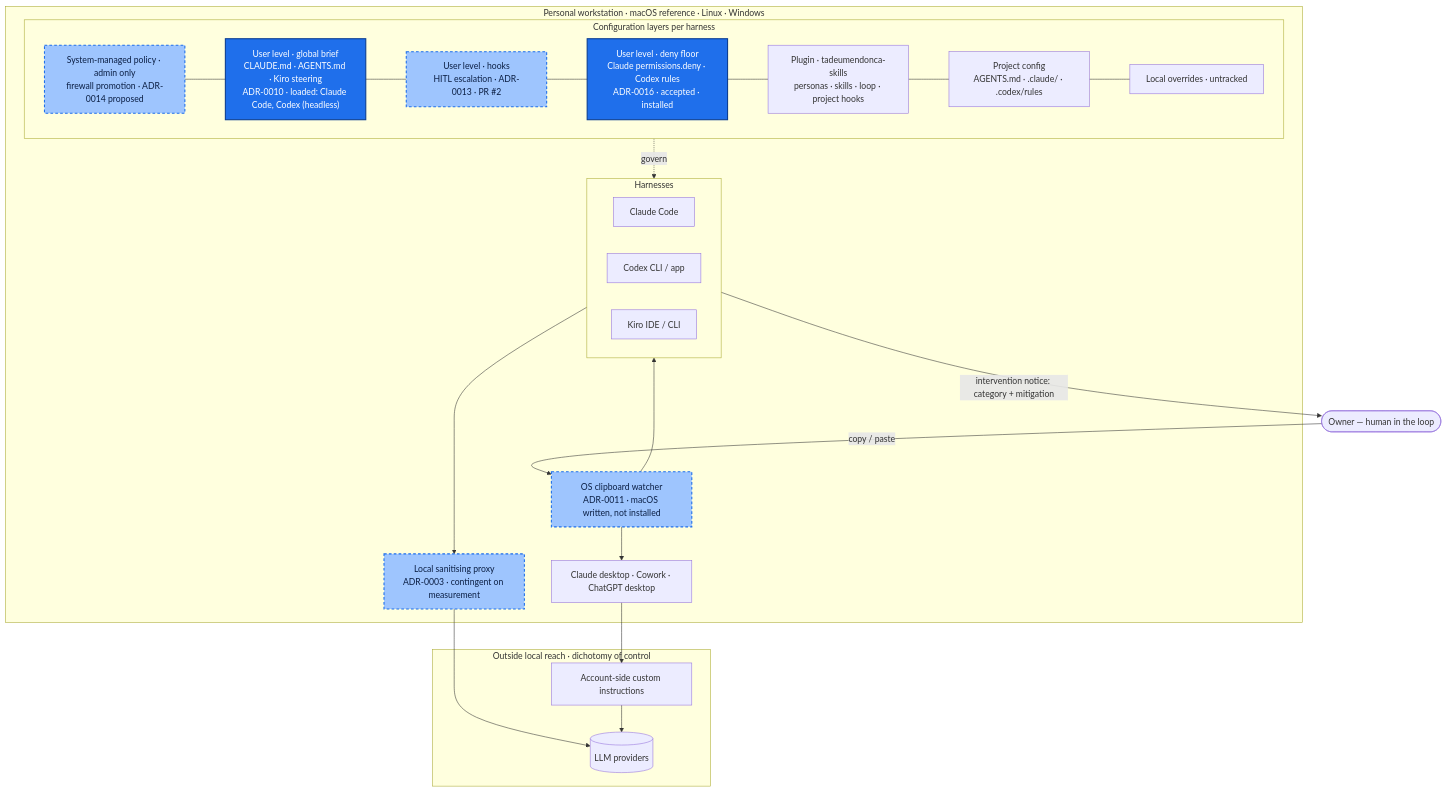
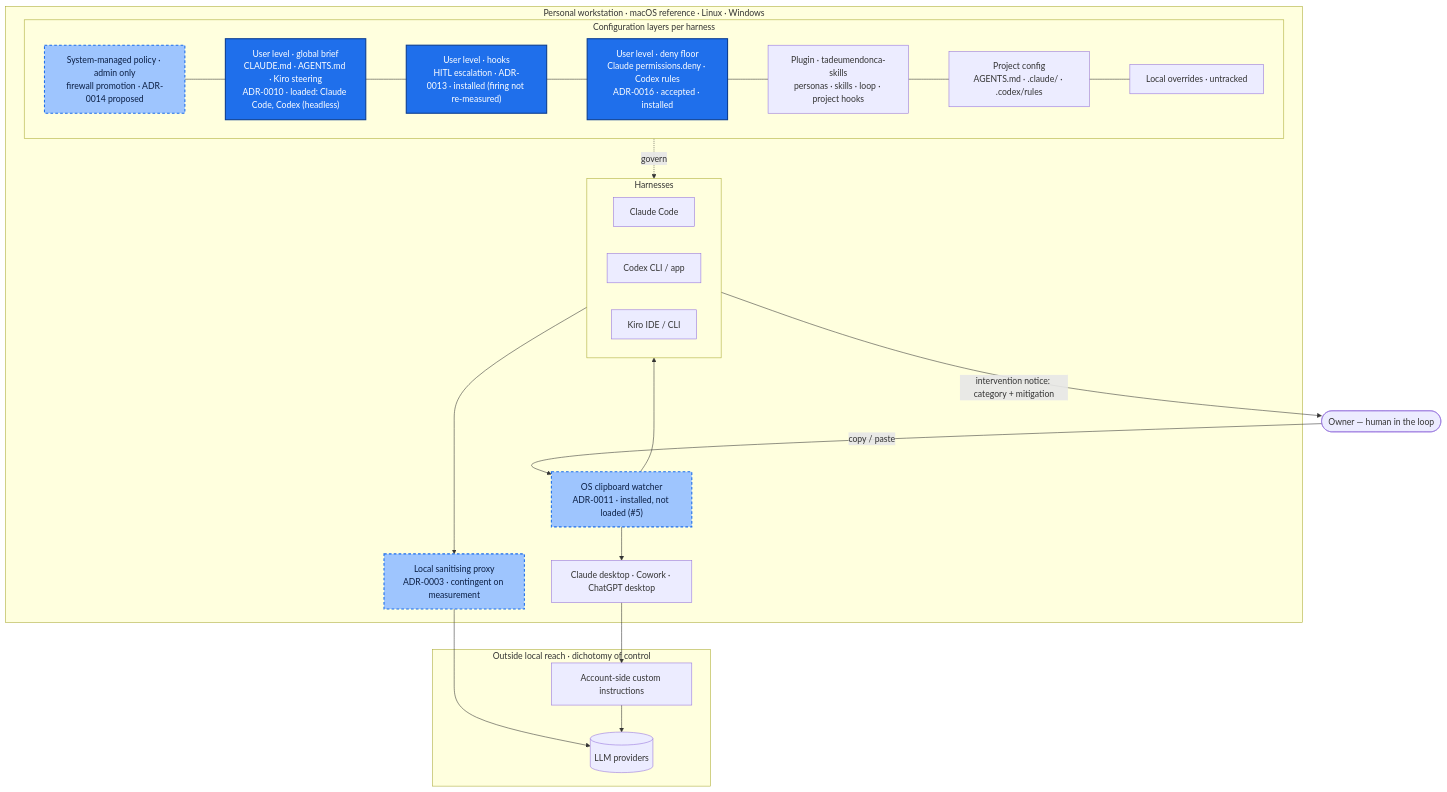
One commit to tedeuxx/mhw changed the diagram in README.md. Above: the diagram before and after it, drawn with Mermaid. The commit also changed other lines of this file, not shown here.

First line of the commit message:
docs(readme): align the diagram and status lines with the 2026-10-01 install

````diff
--- a/README.md
+++ b/README.md
@@ -48,44 +54,44 @@
 ```mermaid
 flowchart TB
   owner(["Owner — human in the loop"])
 
   subgraph WS["Personal workstation · macOS reference · Linux · Windows"]
-    clip["OS clipboard watcher<br/>ADR-0011 · macOS written, not installed"]:::oursPlanned
+    clip["OS clipboard watcher<br/>ADR-0011 · installed, not loaded (#5)"]:::oursPlanned
 
     subgraph LAYERS["Configuration layers per harness"]
       managed["System-managed policy · admin only<br/>firewall promotion · ADR-0014 proposed"]:::oursPlanned
       ubrief["User level · global brief<br/>CLAUDE.md · AGENTS.md · Kiro steering<br/>ADR-0010 · loaded: Claude Code, Codex (headless)"]:::ours
-      uhooks["User level · hooks<br/>HITL escalation · ADR-0013 · PR #2"]:::oursPlanned
+      uhooks["User level · hooks<br/>HITL escalation · ADR-0013 · installed (firing not re-measured)"]:::ours
       udeny["User level · deny floor<br/>Claude permissions.deny · Codex rules<br/>ADR-0016 · accepted · installed"]:::ours
       plugin["Plugin · tadeumendonca-skills<br/>personas · skills · loop · project hooks"]
       project["Project config<br/>AGENTS.md · .claude/ · .codex/rules"]
       local["Local overrides · untracked"]
     end
 
     subgraph HARN["Harnesses"]
       cc["Claude Code"]
       cx["Codex CLI / app"]
       kiro["Kiro IDE / CLI"]
     end
 
     proxy["Local sanitising proxy<br/>ADR-0003 · contingent on measurement"]:::oursPlanned
     desk["Claude desktop · Cowork · ChatGPT desktop"]
   end
 
   subgraph CLOUD["Outside local reach · dichotomy of control"]
     acct["Account-side custom instructions"]
     llm[("LLM providers")]
   end
 
   owner -->|copy / paste| clip
   clip --> HARN
   clip --> desk
   managed --- ubrief --- uhooks --- udeny --- plugin --- project --- local
   LAYERS -. govern .-> HARN
   HARN --> proxy --> llm
   desk --> acct --> llm
   HARN -->|"intervention notice: category + mitigation"| owner
 
   classDef ours fill:#1f6feb,stroke:#0b3d91,color:#ffffff,stroke-width:2px
   classDef oursPlanned fill:#9ec5fe,stroke:#1f6feb,color:#0b1f44,stroke-width:2px,stroke-dasharray:5 4
 ```
````
